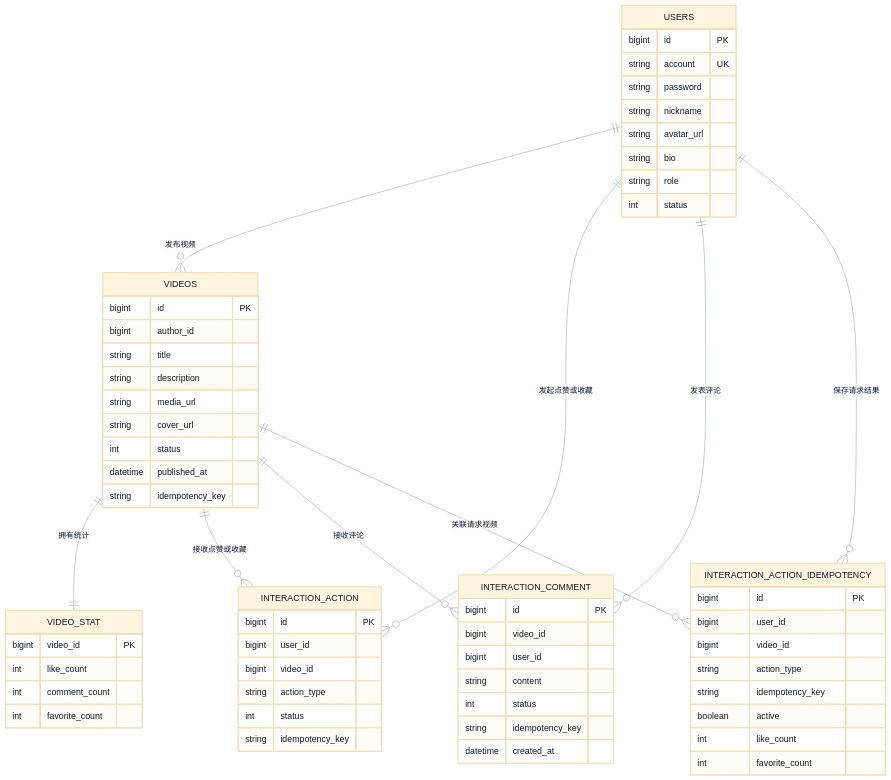
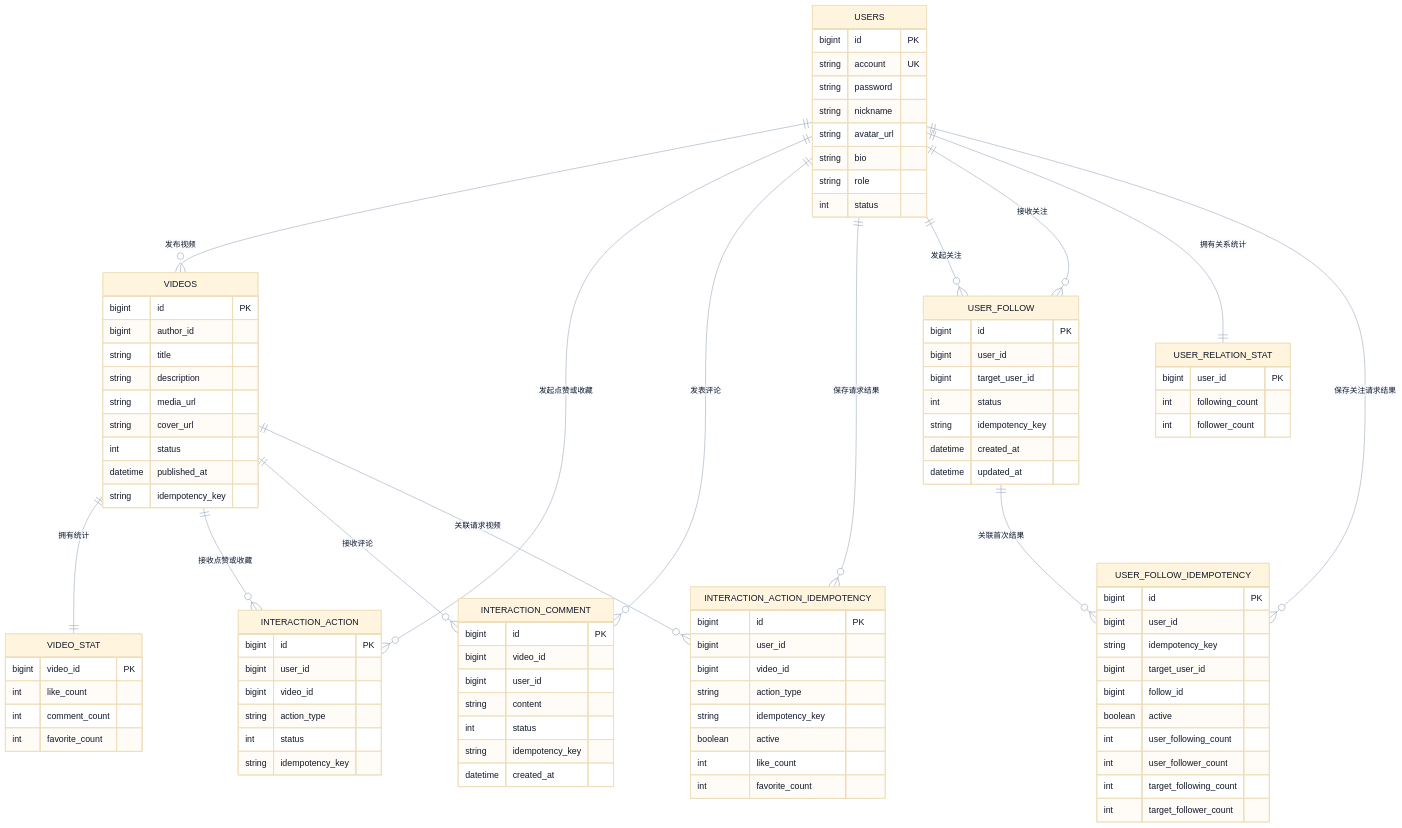
One commit to Inumoroha/VideoFeed changed the fourth of 5 diagrams in docs/architecture.md. Above: the diagram before and after it, drawn with Mermaid. The commit also changed other lines of this file and 2 other files, not shown here.

Commit message:
chore: day4
- 完成用户资料和关系模块的接口、持久化与路由接入
- 更新 VideoFeed 前端页面和样式
- 同步关系设计、架构说明与 Day 4 开发记录

````diff
--- a/docs/architecture.md
+++ b/docs/architecture.md
@@ -224,6 +224,11 @@
   VIDEOS ||--o{ INTERACTION_COMMENT : "接收评论"
   USERS ||--o{ INTERACTION_ACTION_IDEMPOTENCY : "保存请求结果"
   VIDEOS ||--o{ INTERACTION_ACTION_IDEMPOTENCY : "关联请求视频"
+  USERS ||--o{ USER_FOLLOW : "发起关注"
+  USERS ||--o{ USER_FOLLOW : "接收关注"
+  USERS ||--|| USER_RELATION_STAT : "拥有关系统计"
+  USERS ||--o{ USER_FOLLOW_IDEMPOTENCY : "保存关注请求结果"
+  USER_FOLLOW ||--o{ USER_FOLLOW_IDEMPOTENCY : "关联首次结果"
 
   USERS {
     bigint id PK
@@ -284,4 +289,33 @@
     string idempotency_key
     datetime created_at
   }
+
+  USER_FOLLOW {
+    bigint id PK
+    bigint user_id
+    bigint target_user_id
+    int status
+    string idempotency_key
+    datetime created_at
+    datetime updated_at
+  }
+
+  USER_RELATION_STAT {
+    bigint user_id PK
+    int following_count
+    int follower_count
+  }
+
+  USER_FOLLOW_IDEMPOTENCY {
+    bigint id PK
+    bigint user_id
+    string idempotency_key
+    bigint target_user_id
+    bigint follow_id
+    boolean active
+    int user_following_count
+    int user_follower_count
+    int target_following_count
+    int target_follower_count
+  }
 ```
````
